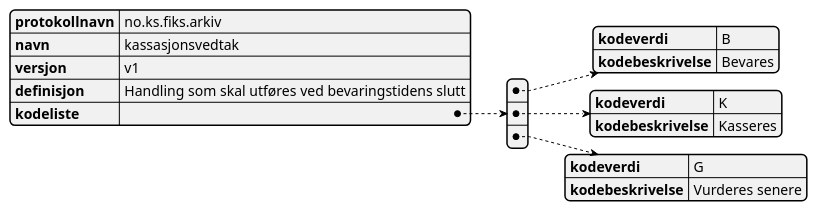
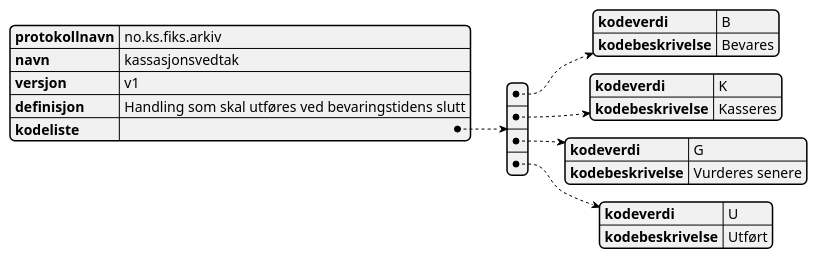
The diagram in Schema/V1/kodelister/no.ks.fiks.arkiv.v1.kodelister.kassasjonsvedtak/no.ks.fiks.arkiv.v1.kodelister.kassasjonsvedtak.puml (ks-no/fiks-arkiv-specification), drawn with PlantUML before and after one commit. The commit also changed 9 other files, not shown here.

```diff
--- a/Schema/V1/kodelister/no.ks.fiks.arkiv.v1.kodelister.kassasjonsvedtak/no.ks.fiks.arkiv.v1.kodelister.kassasjonsvedtak.puml
+++ b/Schema/V1/kodelister/no.ks.fiks.arkiv.v1.kodelister.kassasjonsvedtak/no.ks.fiks.arkiv.v1.kodelister.kassasjonsvedtak.puml
@@ -1,22 +1,26 @@
 @startjson
 {
   "protokollnavn": "no.ks.fiks.arkiv",
   "navn": "kassasjonsvedtak",
   "versjon": "v1",
   "definisjon": "Handling som skal utføres ved bevaringstidens slutt",
   "kodeliste": [
     {
       "kodeverdi" : "B",
       "kodebeskrivelse" : "Bevares"
     },
     {
       "kodeverdi" : "K",
       "kodebeskrivelse" : "Kasseres"
     },
     {
       "kodeverdi" : "G",
       "kodebeskrivelse" : "Vurderes senere"
+    },
+    {
+      "kodeverdi" : "U",
+      "kodebeskrivelse" : "Utført"
     }
   ]
 }
 @endjson
```
